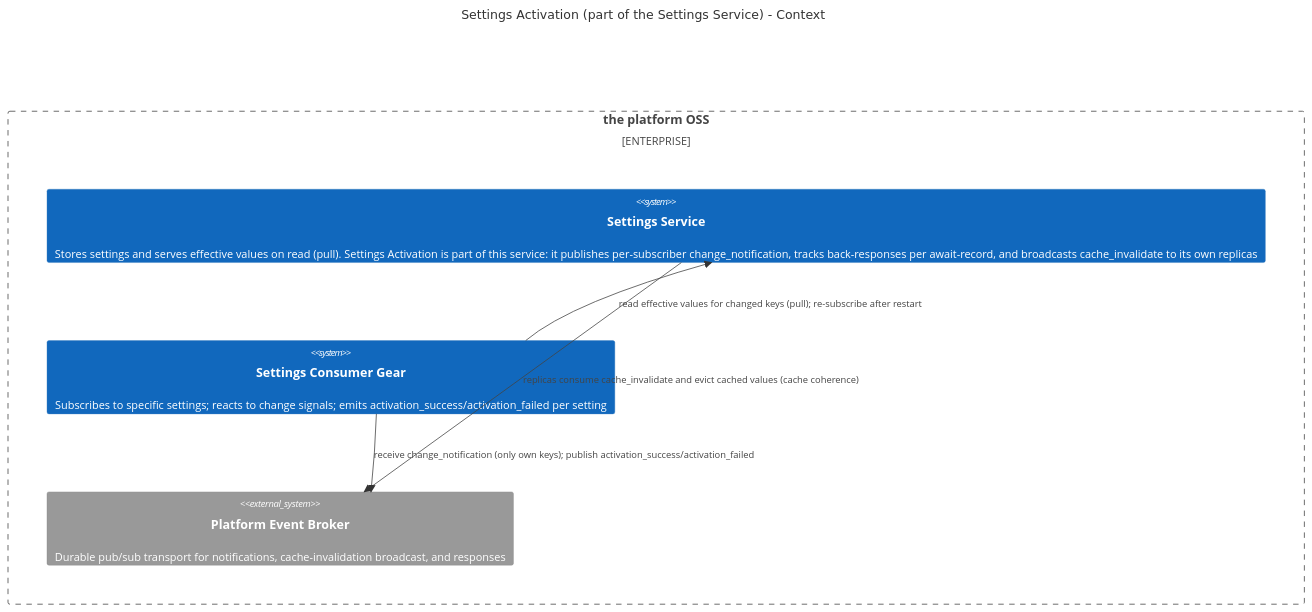
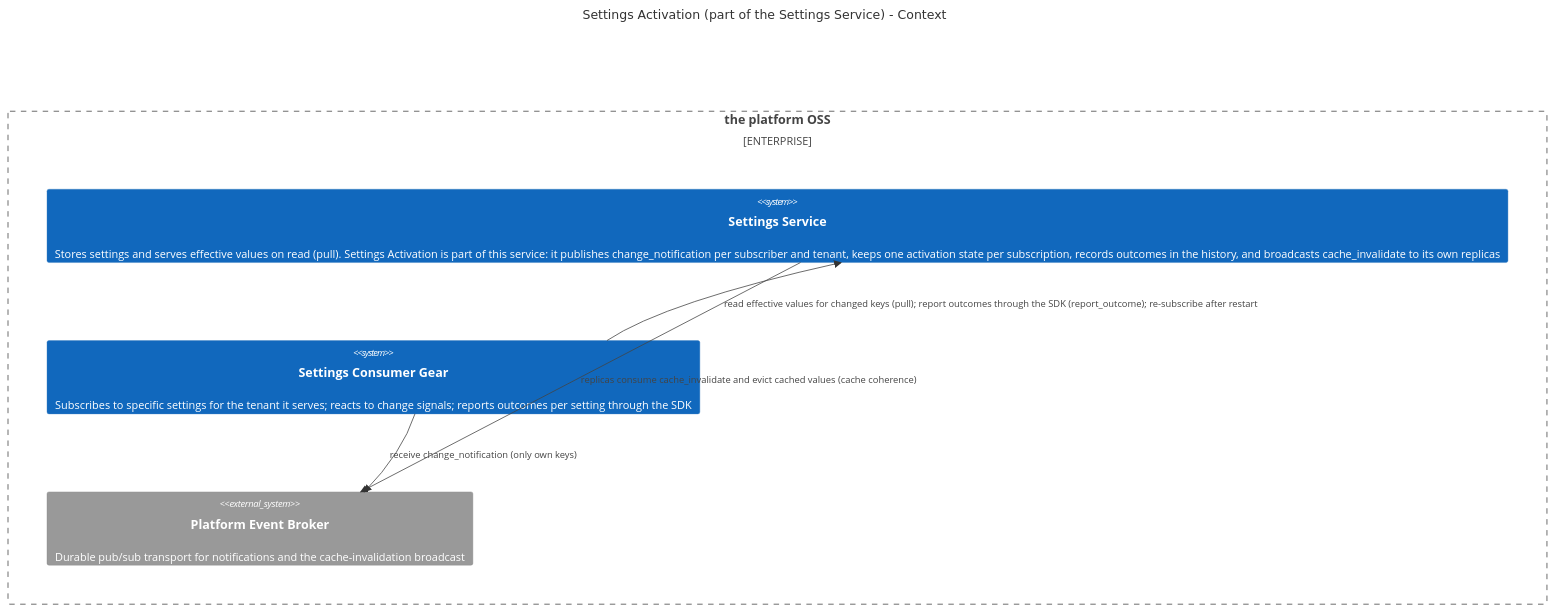
The first of 5 diagrams in gears/settings-service/docs/DESIGN-activation.md (constructorfabric/gears-rust), drawn with Mermaid before and after one commit. The commit also changed other lines of this file and 4 other files, not shown here.

````diff
--- a/gears/settings-service/docs/DESIGN-activation.md
+++ b/gears/settings-service/docs/DESIGN-activation.md
@@ -163,13 +168,13 @@
 ```mermaid
 C4Context
  title Settings Activation (part of the Settings Service) - Context
  Enterprise_Boundary(b0, "the platform OSS") {
- System(settings, "Settings Service", "Stores settings and serves effective values on read (pull). Settings Activation is part of this service: it publishes per-subscriber change_notification, tracks back-responses per await-record, and broadcasts cache_invalidate to its own replicas")
- System(consumer, "Settings Consumer Gear", "Subscribes to specific settings; reacts to change signals; emits activation_success/activation_failed per setting")
- System_Ext(broker, "Platform Event Broker", "Durable pub/sub transport for notifications, cache-invalidation broadcast, and responses")
+ System(settings, "Settings Service", "Stores settings and serves effective values on read (pull). Settings Activation is part of this service: it publishes change_notification per subscriber and tenant, keeps one activation state per subscription, records outcomes in the history, and broadcasts cache_invalidate to its own replicas")
+ System(consumer, "Settings Consumer Gear", "Subscribes to specific settings for the tenant it serves; reacts to change signals; reports outcomes per setting through the SDK")
+ System_Ext(broker, "Platform Event Broker", "Durable pub/sub transport for notifications and the cache-invalidation broadcast")
  }
- Rel(settings, broker, "publish change_notification (per subscriber, filtered); publish cache_invalidate (broadcast); receive per-setting back-responses")
- Rel(consumer, broker, "receive change_notification (only own keys); publish activation_success/activation_failed")
- Rel(consumer, settings, "read effective values for changed keys (pull); re-subscribe after restart")
+ Rel(settings, broker, "publish change_notification (per subscriber and tenant, filtered); publish cache_invalidate (broadcast)")
+ Rel(consumer, broker, "receive change_notification (only own keys)")
+ Rel(consumer, settings, "read effective values for changed keys (pull); report outcomes through the SDK (report_outcome); re-subscribe after restart")
  Rel(settings, broker, "replicas consume cache_invalidate and evict cached values (cache coherence)")
 ```
````
